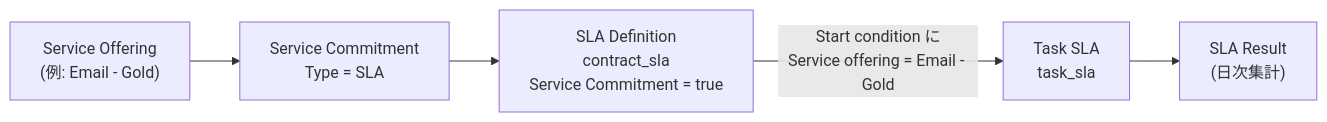
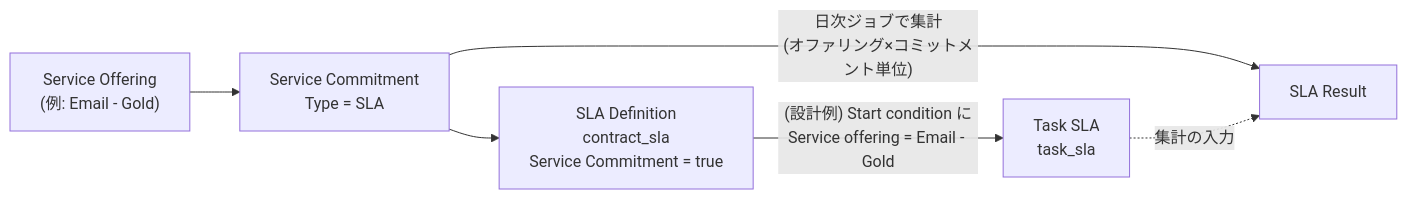
The third of 4 diagrams in ServiceNow/02_リファレンス/itsm/service-level-management-itsm.md (hidefumiagata/platform-doc), drawn with Mermaid before and after one commit. The commit also changed other lines of this file and 346 other files, not shown here.

````diff
--- a/ServiceNow/02_リファレンス/itsm/service-level-management-itsm.md
+++ b/ServiceNow/02_リファレンス/itsm/service-level-management-itsm.md
@@ -575,7 +595,8 @@
 ```mermaid
 flowchart LR
     SO["Service Offering<br/>(例: Email - Gold)"] --> SC["Service Commitment<br/>Type = SLA"]
     SC --> SLAD["SLA Definition<br/>contract_sla<br/>Service Commitment = true"]
-    SLAD -- "Start condition に<br/>Service offering = Email - Gold" --> TSLA["Task SLA<br/>task_sla"]
-    TSLA --> RES["SLA Result<br/>(日次集計)"]
+    SLAD -- "(設計例) Start condition に<br/>Service offering = Email - Gold" --> TSLA["Task SLA<br/>task_sla"]
+    SC -- "日次ジョブで集計<br/>(オファリング×コミットメント単位)" --> RES["SLA Result"]
+    TSLA -. "集計の入力" .-> RES
 ```
````
